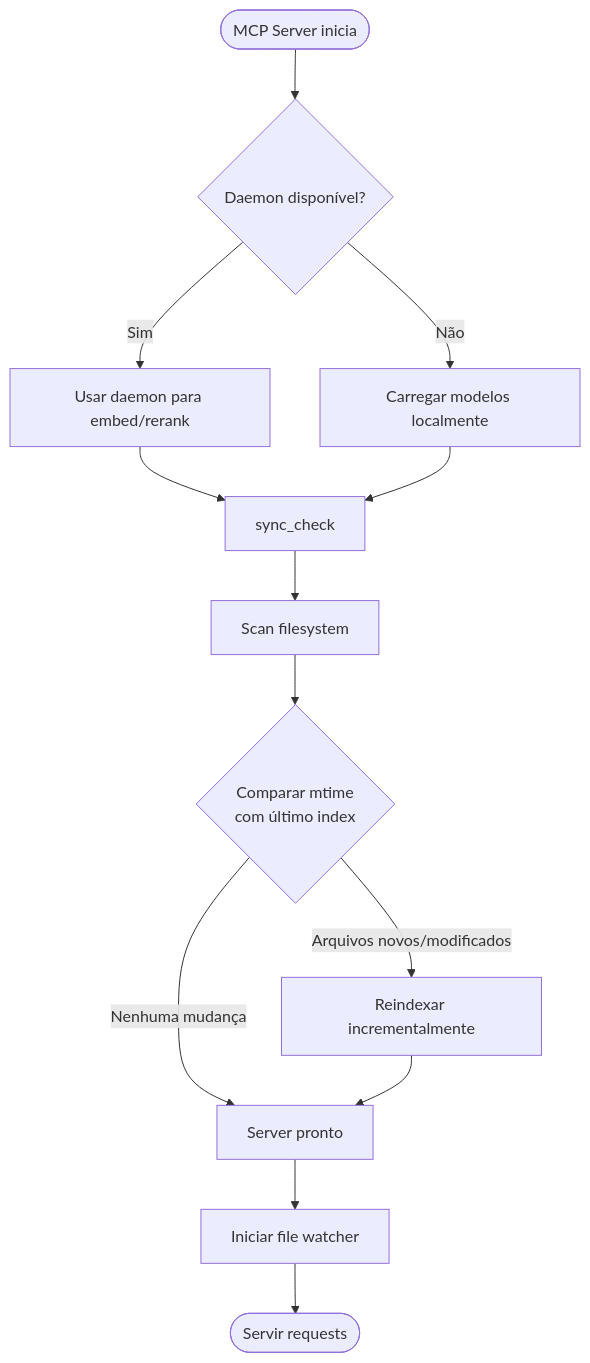
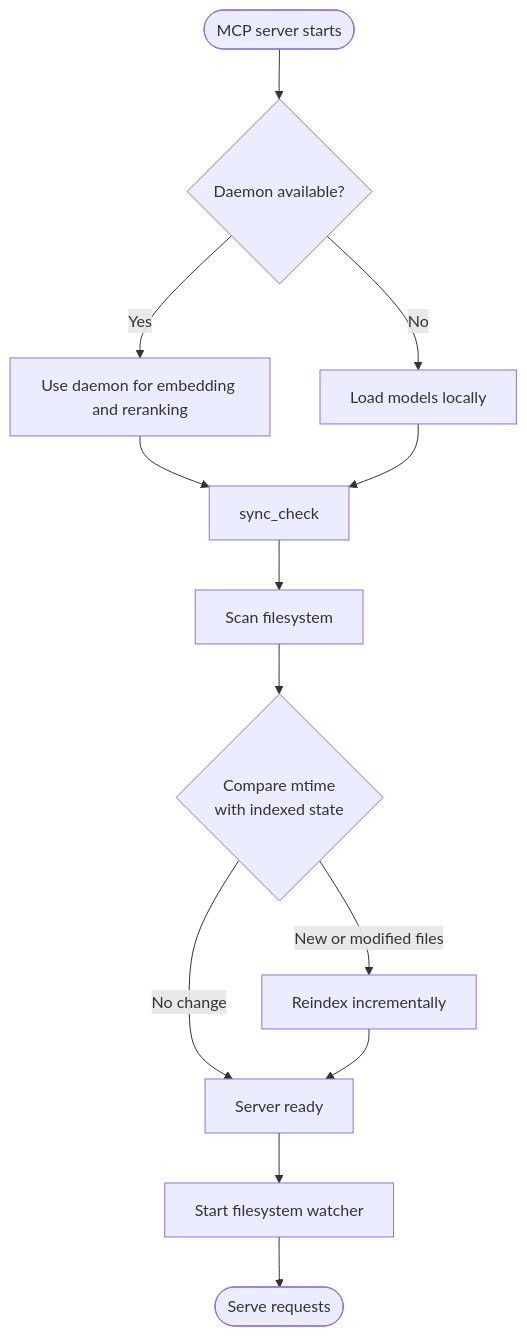
One commit to everton-dgn/vault-search-mcp changed the sixth of 6 diagrams in docs/architecture/diagrams-daemon.md. Above: the diagram before and after it, drawn with Mermaid. The commit also changed other lines of this file and 200 other files, not shown here.

````diff
--- a/docs/architecture/diagrams-daemon.md
+++ b/docs/architecture/diagrams-daemon.md
@@ -162,21 +162,21 @@
 ```mermaid
 flowchart TB
-    Start([MCP Server inicia]) --> Check{Daemon disponível?}
+    Start([MCP server starts]) --> Check{Daemon available?}
 
-    Check -->|Sim| UseDaemon[Usar daemon para embed/rerank]
-    Check -->|Não| LoadLocal[Carregar modelos localmente]
+    Check -->|Yes| UseDaemon[Use daemon for embedding and reranking]
+    Check -->|No| LoadLocal[Load models locally]
 
     UseDaemon --> SyncCheck[sync_check]
     LoadLocal --> SyncCheck
 
     SyncCheck --> Scan[Scan filesystem]
-    Scan --> Compare{Comparar mtime<br/>com último index}
+    Scan --> Compare{Compare mtime<br/>with indexed state}
 
-    Compare -->|Arquivos novos/modificados| Reindex[Reindexar incrementalmente]
-    Compare -->|Nenhuma mudança| Ready[Server pronto]
+    Compare -->|New or modified files| Reindex[Reindex incrementally]
+    Compare -->|No change| Ready[Server ready]
 
     Reindex --> Ready
 
-    Ready --> Watch[Iniciar file watcher]
-    Watch --> Serve([Servir requests])
+    Ready --> Watch[Start filesystem watcher]
+    Watch --> Serve([Serve requests])
 ```
````
